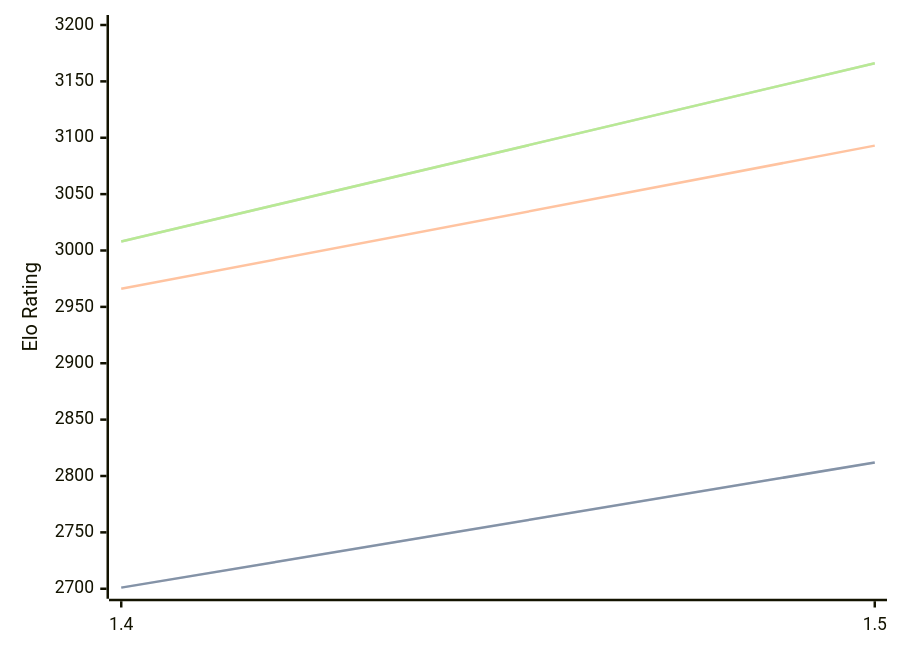
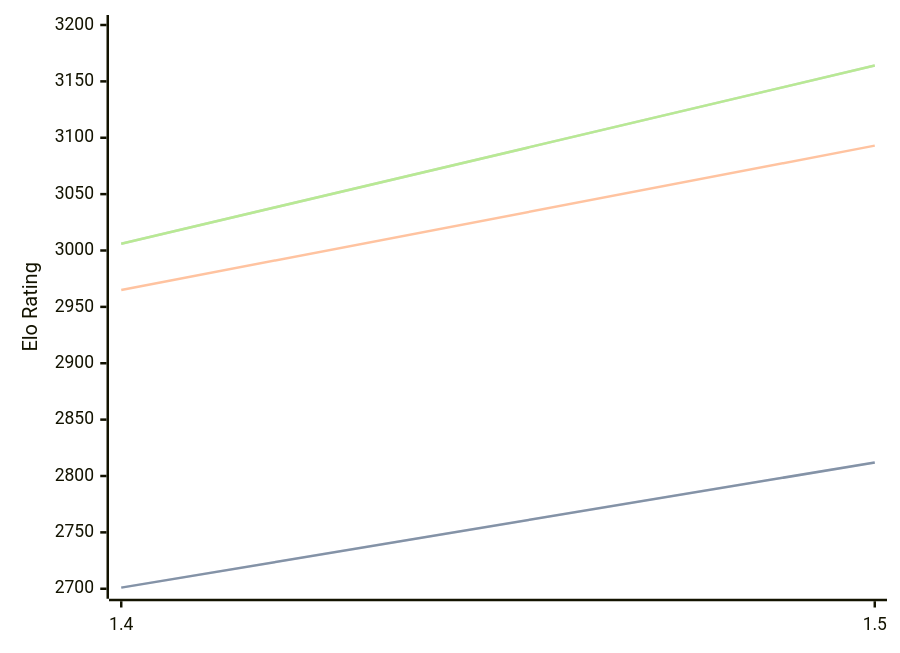
One commit to computer-chess-index/cci changed the diagram in engines/Yakka.md. Above: the diagram before and after it, drawn with Mermaid. The commit also changed other lines of this file, not shown here.

Commit message:
Update CCI Ratings (ELO VLTC) - 2026-02-28

````diff
--- a/engines/Yakka.md
+++ b/engines/Yakka.md
@@ -34,11 +34,11 @@
 ```mermaid
 %%{init: {"theme":"base","themeVariables":{"seriesColors:['#a3a3a3','#222221','#faa371']}}}%%
 xychart-beta
   x-axis ["1.4", "1.5"]
   y-axis "Elo Rating" 2700 --> 3200
   line "STC (8.0+0.08s)" [2701, 2812]
   line "STC (8.0+0.08s)" [2701, 2812]
-  line "LTC (60.0+0.60s)" [2966, 3093]
-  line "VLTC (2m24s+1.12s)" [3008, 3166]
-  line "VLTC (2m24s+1.12s)" [3008, 3166]
+  line "LTC (60.0+0.60s)" [2965, 3093]
+  line "VLTC (2m24s+1.12s)" [3006, 3164]
+  line "VLTC (2m24s+1.12s)" [3006, 3164]
 ```
````
